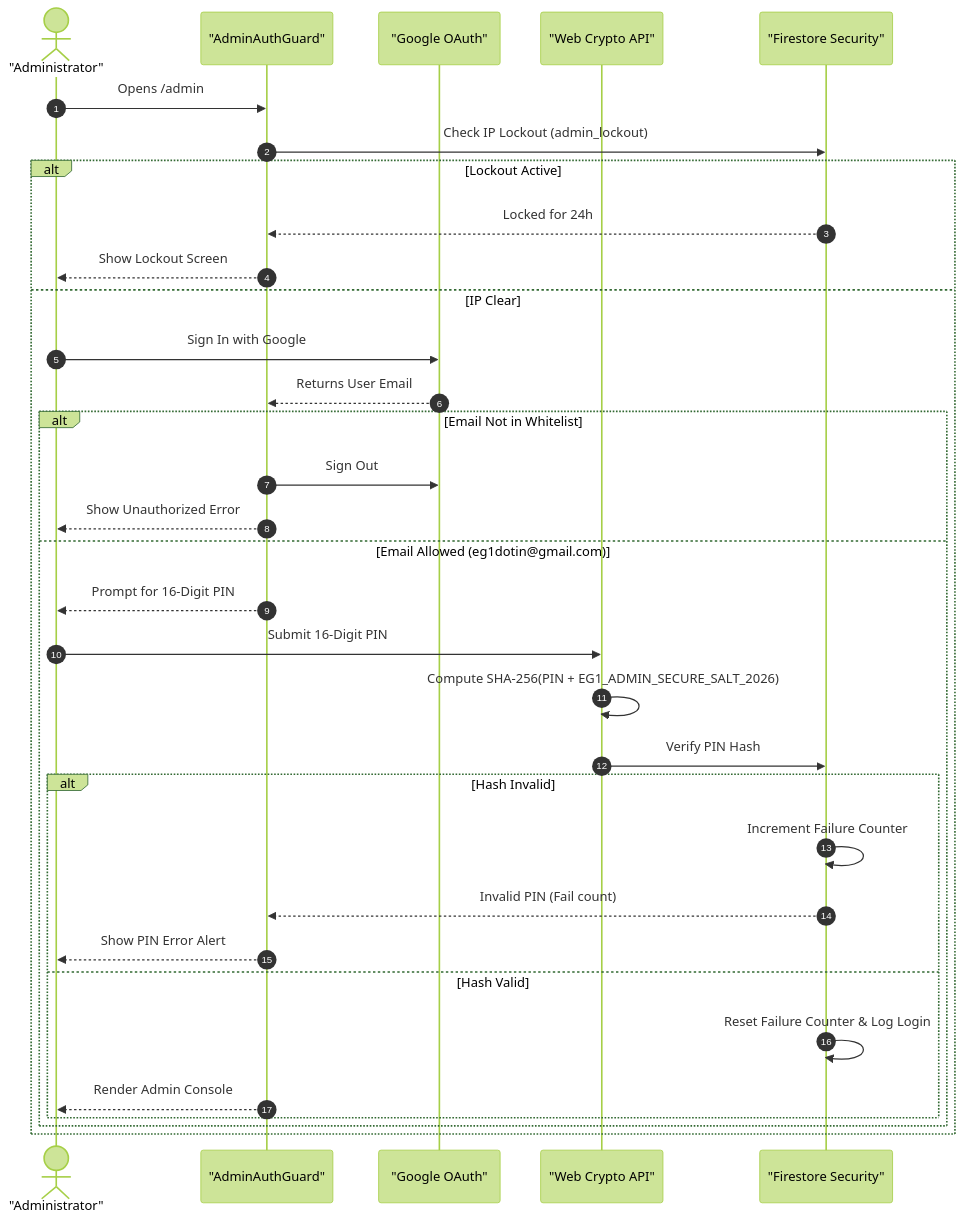
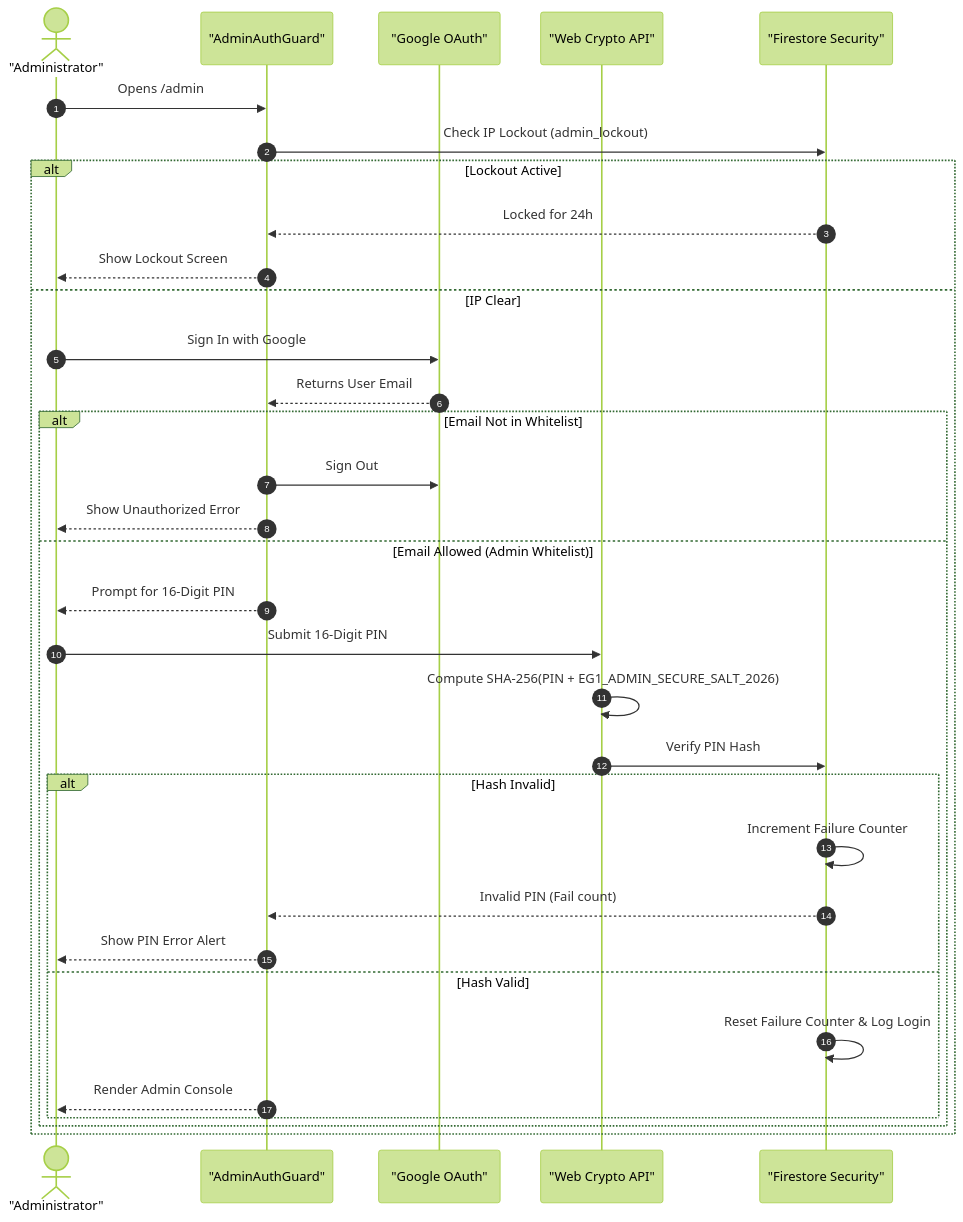
One commit to EG1DOTIN/eg1.in changed the second of 2 diagrams in docs/architecture.md. Above: the diagram before and after it, drawn with Mermaid (forest theme). The commit also changed 4 other files, not shown here.

````diff
--- a/docs/architecture.md
+++ b/docs/architecture.md
@@ -112,36 +112,36 @@
 ```mermaid
 sequenceDiagram
     autonumber
     actor Admin as "Administrator"
     participant Guard as "AdminAuthGuard"
     participant Google as "Google OAuth"
     participant Crypto as "Web Crypto API"
     participant DB as "Firestore Security"
 
     Admin->>Guard: Opens /admin
     Guard->>DB: Check IP Lockout (admin_lockout)
     alt Lockout Active
         DB-->>Guard: Locked for 24h
         Guard-->>Admin: Show Lockout Screen
     else IP Clear
         Admin->>Google: Sign In with Google
         Google-->>Guard: Returns User Email
         alt Email Not in Whitelist
             Guard->>Google: Sign Out
             Guard-->>Admin: Show Unauthorized Error
-        else Email Allowed (eg1dotin@gmail.com)
+        else Email Allowed (Admin Whitelist)
             Guard-->>Admin: Prompt for 16-Digit PIN
             Admin->>Crypto: Submit 16-Digit PIN
             Crypto->>Crypto: Compute SHA-256(PIN + EG1_ADMIN_SECURE_SALT_2026)
             Crypto->>DB: Verify PIN Hash
             alt Hash Invalid
                 DB->>DB: Increment Failure Counter
                 DB-->>Guard: Invalid PIN (Fail count)
                 Guard-->>Admin: Show PIN Error Alert
             else Hash Valid
                 DB->>DB: Reset Failure Counter & Log Login
                 Guard-->>Admin: Render Admin Console
             end
         end
     end
 ```
````
